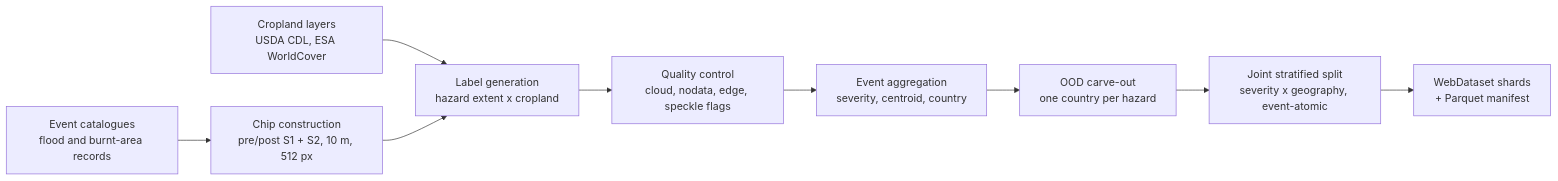
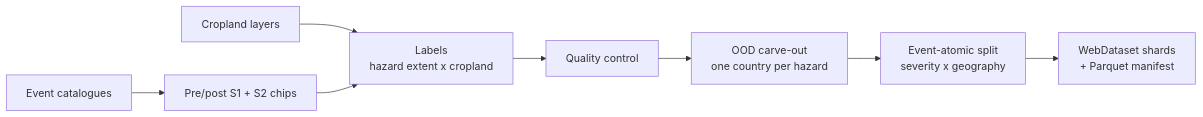
One commit to JulinaM/Crop-Damage-Benchmark changed the first of 2 diagrams in README.md. Above: the diagram before and after it, drawn with Mermaid. The commit also changed other lines of this file, not shown here.

````diff
--- a/README.md
+++ b/README.md
@@ -44,11 +35,10 @@
 ```mermaid
 flowchart LR
-    A[Event catalogues<br/>flood and burnt-area records] --> B[Chip construction<br/>pre/post S1 + S2, 10 m, 512 px]
-    C[Cropland layers<br/>USDA CDL, ESA WorldCover] --> D
-    B --> D[Label generation<br/>hazard extent x cropland]
-    D --> E[Quality control<br/>cloud, nodata, edge, speckle flags]
-    E --> F[Event aggregation<br/>severity, centroid, country]
-    F --> G[OOD carve-out<br/>one country per hazard]
-    G --> H[Joint stratified split<br/>severity x geography, event-atomic]
-    H --> I[WebDataset shards<br/>+ Parquet manifest]
+    A[Event catalogues] --> B[Pre/post S1 + S2 chips]
+    C[Cropland layers] --> D
+    B --> D[Labels<br/>hazard extent x cropland]
+    D --> E[Quality control]
+    E --> F[OOD carve-out<br/>one country per hazard]
+    F --> G[Event-atomic split<br/>severity x geography]
+    G --> H[WebDataset shards<br/>+ Parquet manifest]
 ```
````
